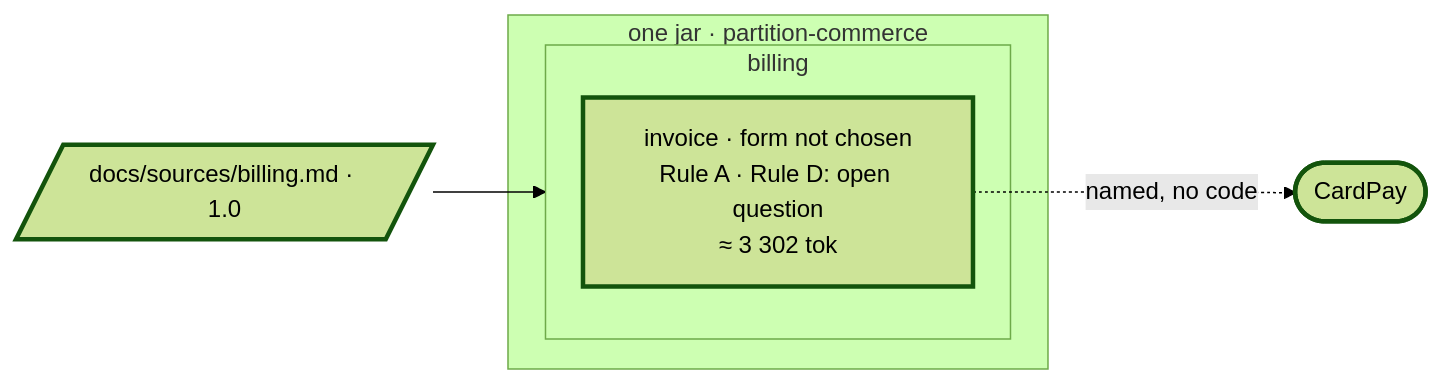
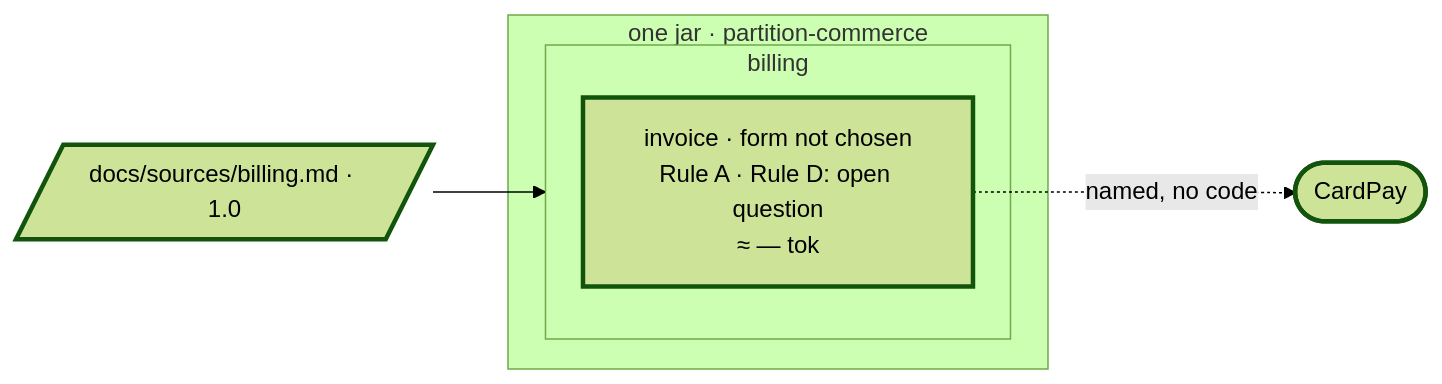
One commit to elie29/partition changed the diagram in docs/guides/a-project-step-by-step/02-first-bounded-context.md. Above: the diagram before and after it, drawn with Mermaid (forest theme). The commit also changed other lines of this file and 52 other files, not shown here.

````diff
--- a/docs/guides/a-project-step-by-step/02-first-bounded-context.md
+++ b/docs/guides/a-project-step-by-step/02-first-bounded-context.md
@@ -184,15 +58,15 @@
 ```mermaid
 flowchart LR
   classDef new stroke-width:3px
   classDef gone stroke-dasharray:5 5
   src_billing[/"docs/sources/billing.md · 1.0"/]:::new
   subgraph app_jar["one jar · partition-commerce"]
     subgraph area_billing["billing"]
-      invoice["invoice · form not chosen<br/>Rule A · Rule D: open question<br/>≈ 3 302 tok"]:::new
+      invoice["invoice · form not chosen<br/>Rule A · Rule D: open question<br/>≈ — tok"]:::new
     end
   end
   class area_billing new
   cardpay(["CardPay"]):::new
   src_billing --> area_billing
   invoice -. "named, no code" .-> cardpay
 ```
````
